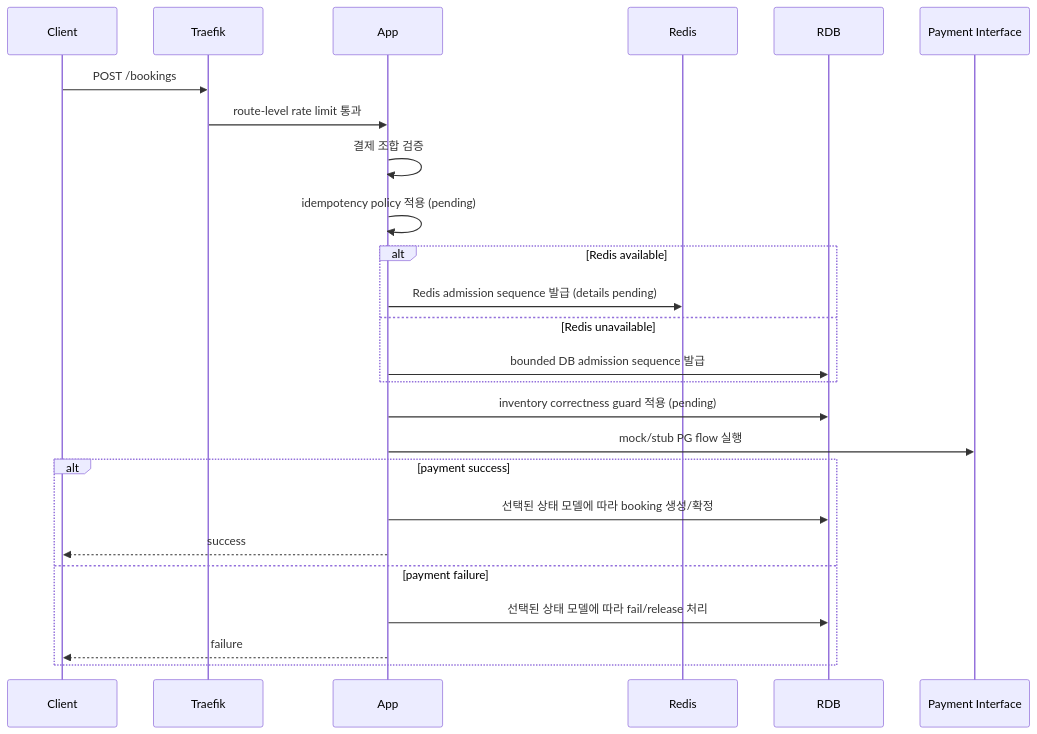
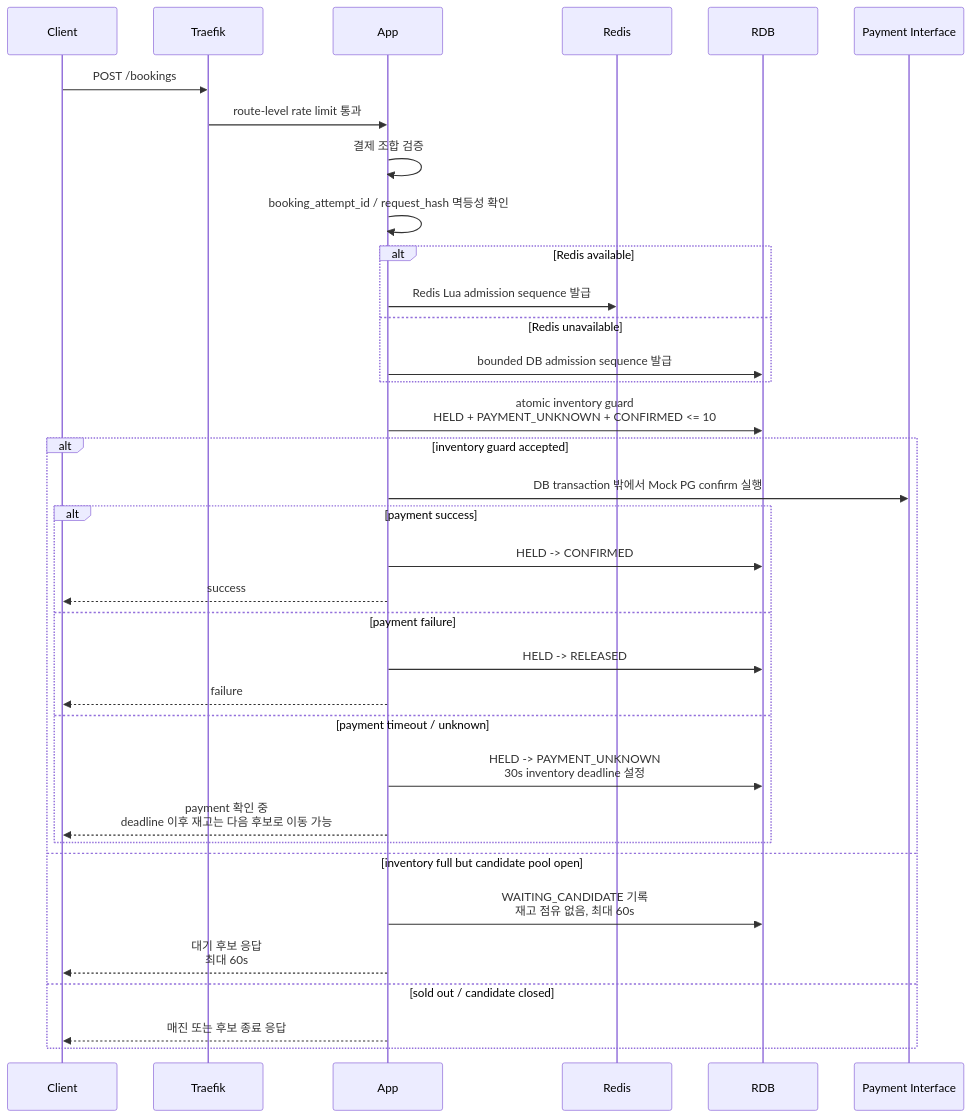
Before and after one commit to lsh1215/peak-booking-system: the fourth of 5 diagrams in docs/system-design/sdd.md, drawn with Mermaid. The commit also changed other lines of this file and 7 other files, not shown here.

````diff
--- a/docs/system-design/sdd.md
+++ b/docs/system-design/sdd.md
@@ -258,28 +310,38 @@
 ```mermaid
 sequenceDiagram
     participant C as Client
     participant T as Traefik
     participant A as App
     participant R as Redis
     participant D as RDB
     participant P as Payment Interface
 
     C->>T: POST /bookings
     T->>A: route-level rate limit 통과
     A->>A: 결제 조합 검증
-    A->>A: idempotency policy 적용 (pending)
+    A->>A: booking_attempt_id / request_hash 멱등성 확인
     alt Redis available
-        A->>R: Redis admission sequence 발급 (details pending)
+        A->>R: Redis Lua admission sequence 발급
     else Redis unavailable
         A->>D: bounded DB admission sequence 발급
     end
-    A->>D: inventory correctness guard 적용 (pending)
-    A->>P: mock/stub PG flow 실행
-    alt payment success
-        A->>D: 선택된 상태 모델에 따라 booking 생성/확정
-        A-->>C: success
-    else payment failure
-        A->>D: 선택된 상태 모델에 따라 fail/release 처리
-        A-->>C: failure
+    A->>D: atomic inventory guard<br/>HELD + PAYMENT_UNKNOWN + CONFIRMED <= 10
+    alt inventory guard accepted
+        A->>P: DB transaction 밖에서 Mock PG confirm 실행
+        alt payment success
+            A->>D: HELD -> CONFIRMED
+            A-->>C: success
+        else payment failure
+            A->>D: HELD -> RELEASED
+            A-->>C: failure
+        else payment timeout / unknown
+            A->>D: HELD -> PAYMENT_UNKNOWN<br/>30s inventory deadline 설정
+            A-->>C: payment 확인 중<br/>deadline 이후 재고는 다음 후보로 이동 가능
+        end
+    else inventory full but candidate pool open
+        A->>D: WAITING_CANDIDATE 기록<br/>재고 점유 없음, 최대 60s
+        A-->>C: 대기 후보 응답<br/>최대 60s
+    else sold out / candidate closed
+        A-->>C: 매진 또는 후보 종료 응답
     end
 ```
````
